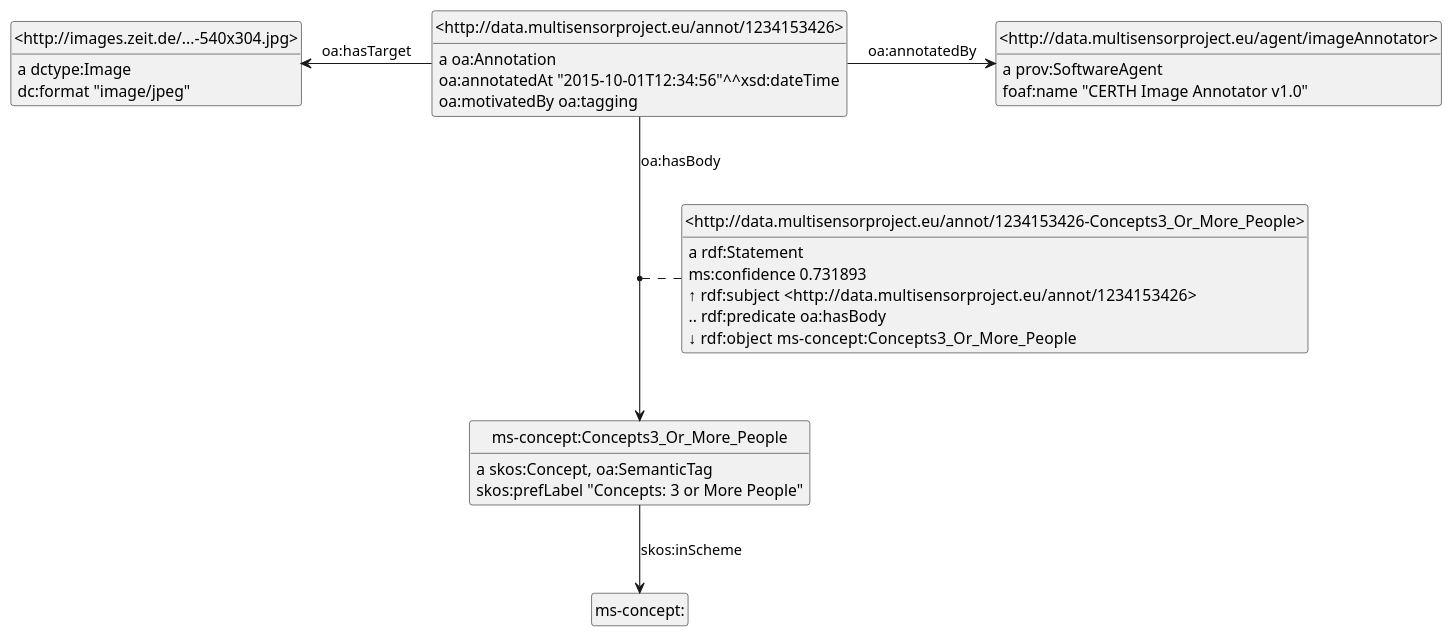
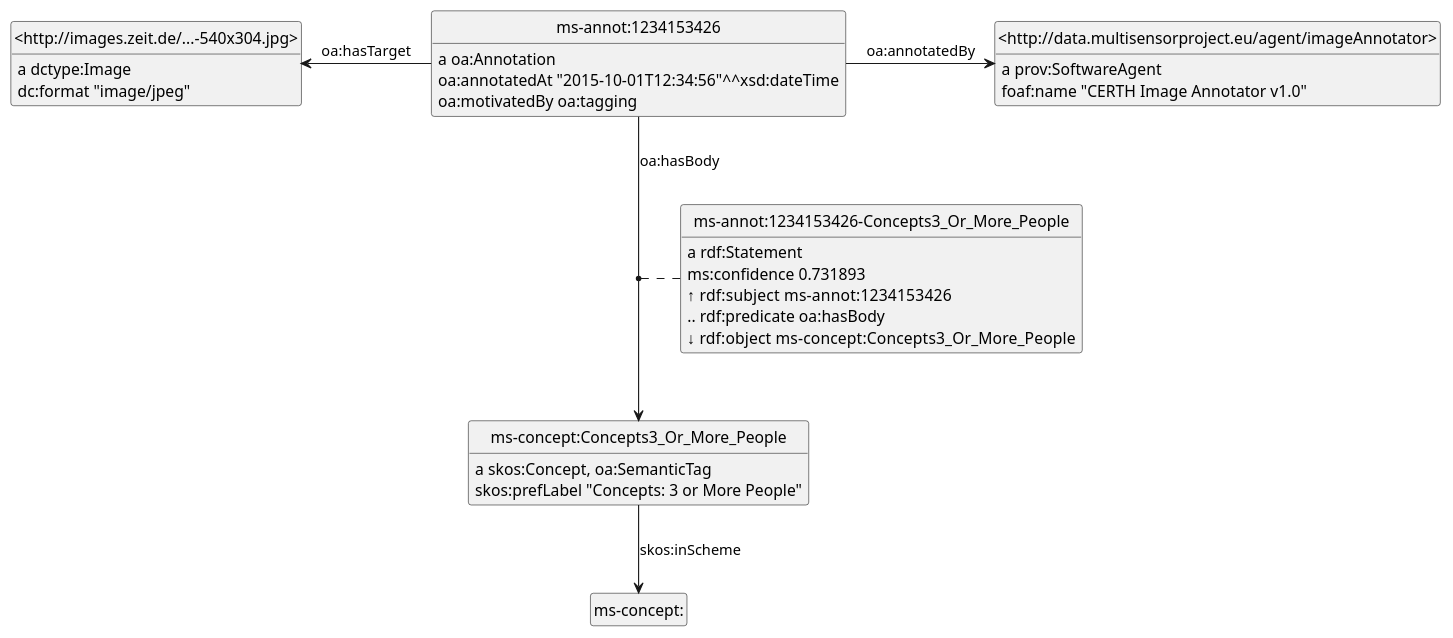
Before and after one commit to gerardbdn/VladimirAlexiev.github.io: the diagram in Multisensor/img/annot-image-reif.puml, drawn with PlantUML. The commit also changed 33 other files, not shown here.

Commit message:
added video/image annotation, moved sample Ttl to dir /img

```diff
--- a/Multisensor/img/annot-image-reif.puml
+++ b/Multisensor/img/annot-image-reif.puml
@@ -1,31 +1,31 @@
 @startuml
 hide empty methods
 hide empty attributes
 hide circle
 skinparam classAttributeIconSize 0
 class _http___data_multisensorproject_eu_agent_imageAnnotator_ as "<http://data.multisensorproject.eu/agent/imageAnnotator>"
 _http___data_multisensorproject_eu_agent_imageAnnotator_ : a prov:SoftwareAgent
 _http___data_multisensorproject_eu_agent_imageAnnotator_ : foaf:name "CERTH Image Annotator v1.0"
+class ms_annot_1234153426 as "ms-annot:1234153426"
+ms_annot_1234153426 : a oa:Annotation
+class _http___images_zeit_de_____540x304_jpg_ as "<http://images.zeit.de/...-540x304.jpg>"
+ms_annot_1234153426 -left-> _http___images_zeit_de_____540x304_jpg_ : oa:hasTarget
 class ms_concept_Concepts3_Or_More_People as "ms-concept:Concepts3_Or_More_People"
+ms_annot_1234153426 --> ms_concept_Concepts3_Or_More_People : oa:hasBody
+ms_annot_1234153426 -right-> _http___data_multisensorproject_eu_agent_imageAnnotator_ : oa:annotatedBy
+ms_annot_1234153426 : oa:annotatedAt "2015-10-01T12:34:56"^^xsd:dateTime
+ms_annot_1234153426 : oa:motivatedBy oa:tagging
+class ms_annot_1234153426_Concepts3_Or_More_People as "ms-annot:1234153426-Concepts3_Or_More_People"
+ms_annot_1234153426_Concepts3_Or_More_People : a rdf:Statement
+ms_annot_1234153426_Concepts3_Or_More_People : ms:confidence 0.731893
+_http___images_zeit_de_____540x304_jpg_ : a dctype:Image
+_http___images_zeit_de_____540x304_jpg_ : dc:format "image/jpeg"
 ms_concept_Concepts3_Or_More_People : a skos:Concept, oa:SemanticTag
 class ms_concept_ as "ms-concept:"
 ms_concept_Concepts3_Or_More_People --> ms_concept_ : skos:inScheme
 ms_concept_Concepts3_Or_More_People : skos:prefLabel "Concepts: 3 or More People"
-class _http___data_multisensorproject_eu_annot_1234153426_Concepts3_Or_More_People_ as "<http://data.multisensorproject.eu/annot/1234153426-Concepts3_Or_More_People>"
-_http___data_multisensorproject_eu_annot_1234153426_Concepts3_Or_More_People_ : a rdf:Statement
-_http___data_multisensorproject_eu_annot_1234153426_Concepts3_Or_More_People_ : ms:confidence 0.731893
-class _http___images_zeit_de_____540x304_jpg_ as "<http://images.zeit.de/...-540x304.jpg>"
-_http___images_zeit_de_____540x304_jpg_ : a dctype:Image
-_http___images_zeit_de_____540x304_jpg_ : dc:format "image/jpeg"
-class _http___data_multisensorproject_eu_annot_1234153426_ as "<http://data.multisensorproject.eu/annot/1234153426>"
-_http___data_multisensorproject_eu_annot_1234153426_ : a oa:Annotation
-_http___data_multisensorproject_eu_annot_1234153426_ --> ms_concept_Concepts3_Or_More_People : oa:hasBody
-_http___data_multisensorproject_eu_annot_1234153426_ -right-> _http___data_multisensorproject_eu_agent_imageAnnotator_ : oa:annotatedBy
-_http___data_multisensorproject_eu_annot_1234153426_ -left-> _http___images_zeit_de_____540x304_jpg_ : oa:hasTarget
-_http___data_multisensorproject_eu_annot_1234153426_ : oa:annotatedAt "2015-10-01T12:34:56"^^xsd:dateTime
-_http___data_multisensorproject_eu_annot_1234153426_ : oa:motivatedBy oa:tagging
-(_http___data_multisensorproject_eu_annot_1234153426_, ms_concept_Concepts3_Or_More_People) . _http___data_multisensorproject_eu_annot_1234153426_Concepts3_Or_More_People_
-_http___data_multisensorproject_eu_annot_1234153426_Concepts3_Or_More_People_ : ↑ rdf:subject <http://data.multisensorproject.eu/annot/1234153426>
-_http___data_multisensorproject_eu_annot_1234153426_Concepts3_Or_More_People_ : .. rdf:predicate oa:hasBody
-_http___data_multisensorproject_eu_annot_1234153426_Concepts3_Or_More_People_ : ↓ rdf:object ms-concept:Concepts3_Or_More_People
+(ms_annot_1234153426, ms_concept_Concepts3_Or_More_People) . ms_annot_1234153426_Concepts3_Or_More_People
+ms_annot_1234153426_Concepts3_Or_More_People : ↑ rdf:subject ms-annot:1234153426
+ms_annot_1234153426_Concepts3_Or_More_People : .. rdf:predicate oa:hasBody
+ms_annot_1234153426_Concepts3_Or_More_People : ↓ rdf:object ms-concept:Concepts3_Or_More_People
 @enduml
```
